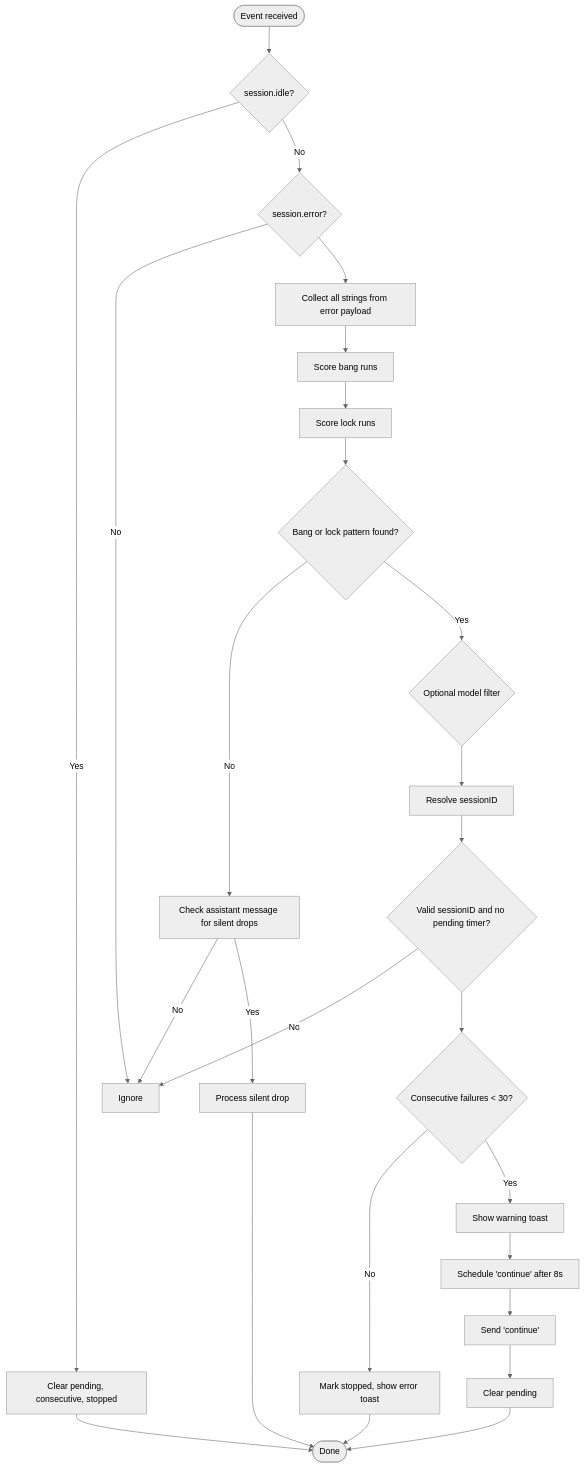
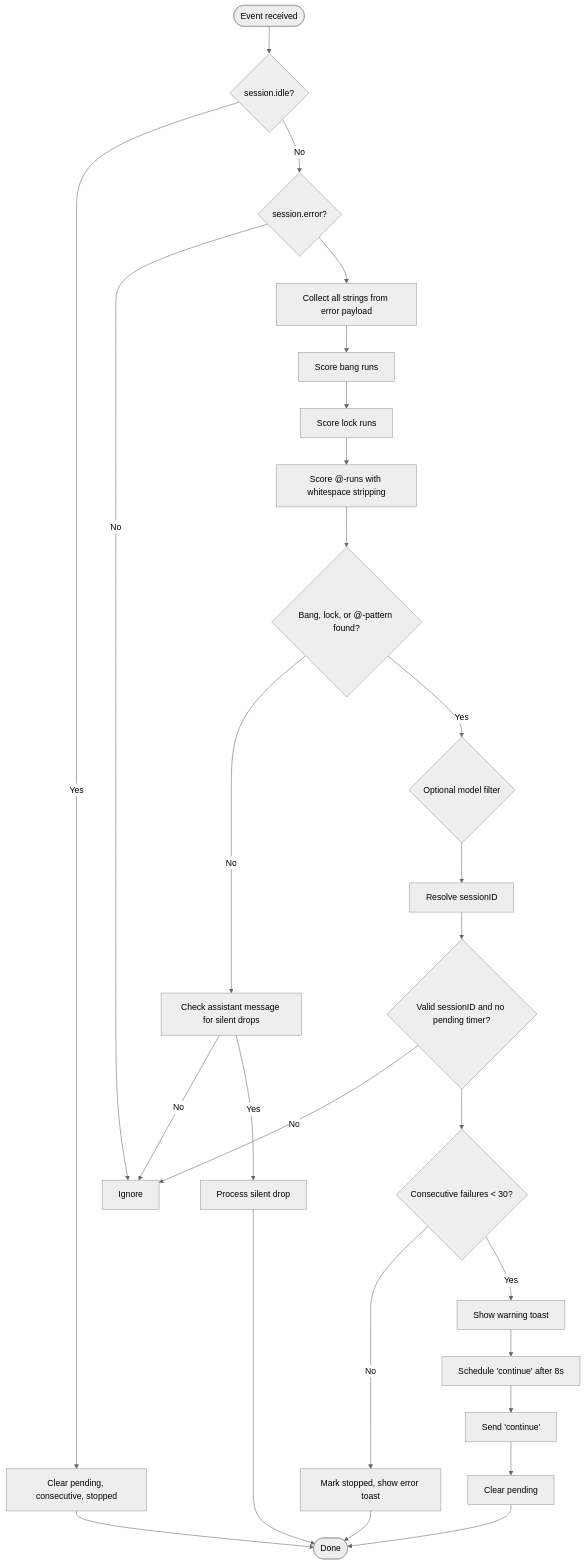
One commit to delirium-dj/modelcomp changed the eighth of 12 diagrams in .qoder/repowiki/en/content/Architecture Overview/OpenCode Plugin Ecosystem.md. Above: the diagram before and after it, drawn with Mermaid (neutral theme). The commit also changed other lines of this file and 72 other files, not shown here.

````diff
--- a/.qoder/repowiki/en/content/Architecture Overview/OpenCode Plugin Ecosystem.md
+++ b/.qoder/repowiki/en/content/Architecture Overview/OpenCode Plugin Ecosystem.md
@@ -446,28 +449,29 @@
 ```mermaid
 flowchart TD
 Start(["Event received"]) --> Idle{"session.idle?"}
 Idle --> |Yes| Reset["Clear pending, consecutive, stopped"]
 Idle --> |No| IsError{"session.error?"}
 IsError --> |No| Exit["Ignore"]
 IsError --> Collect["Collect all strings from error payload"]
 Collect --> ScoreBang["Score bang runs"]
 ScoreBang --> ScoreLock["Score lock runs"]
-ScoreLock --> HasPattern{"Bang or lock pattern found?"}
+ScoreLock --> ScoreAt["Score @-runs with whitespace stripping"]
+ScoreAt --> HasPattern{"Bang, lock, or @-pattern found?"}
 HasPattern --> |No| SilentCheck["Check assistant message for silent drops"]
 SilentCheck --> |No| Exit
 SilentCheck --> |Yes| ProcessSilent["Process silent drop"]
 HasPattern --> |Yes| ModelFilter{"Optional model filter"}
 ModelFilter --> SessionID["Resolve sessionID"]
 SessionID --> Valid{"Valid sessionID and no pending timer?"}
 Valid --> |No| Exit
 Valid --> Brake{"Consecutive failures < 30?"}
 Brake --> |No| StopBrake["Mark stopped, show error toast"]
 Brake --> |Yes| Toast["Show warning toast"]
 Toast --> Schedule["Schedule 'continue' after 8s"]
 Schedule --> Prompt["Send 'continue'"]
 Prompt --> Unlock["Clear pending"]
 Reset --> End(["Done"])
 StopBrake --> End
 Unlock --> End
 ProcessSilent --> End
 ```
````
